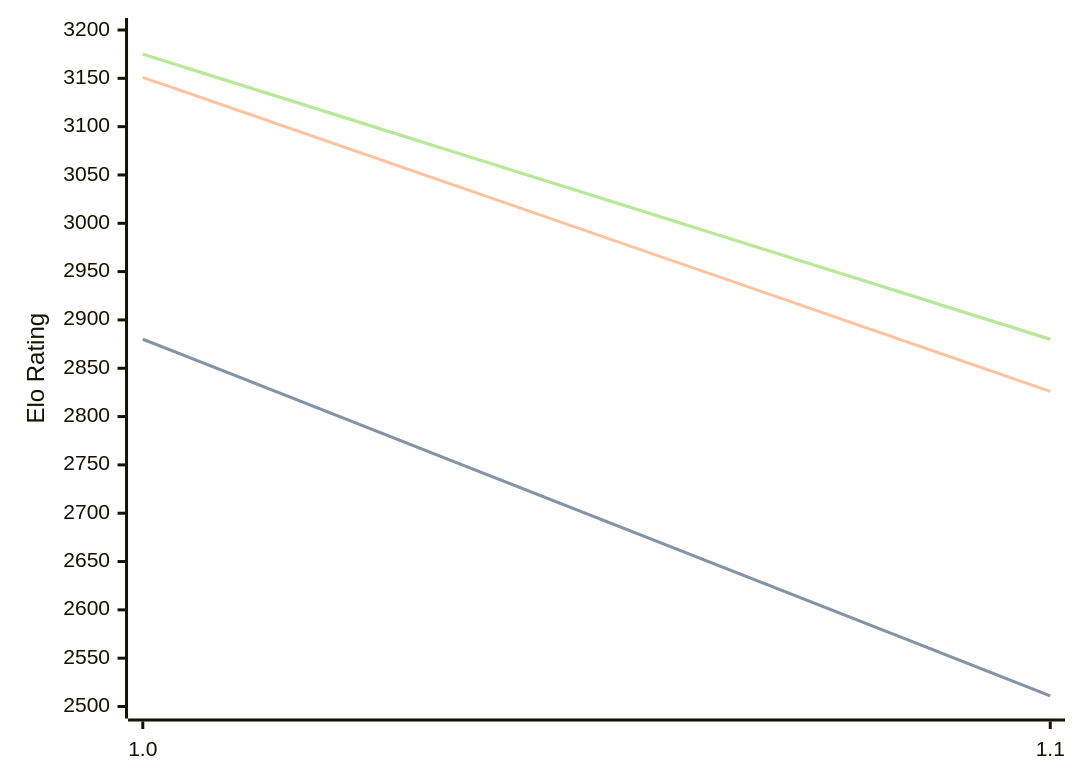
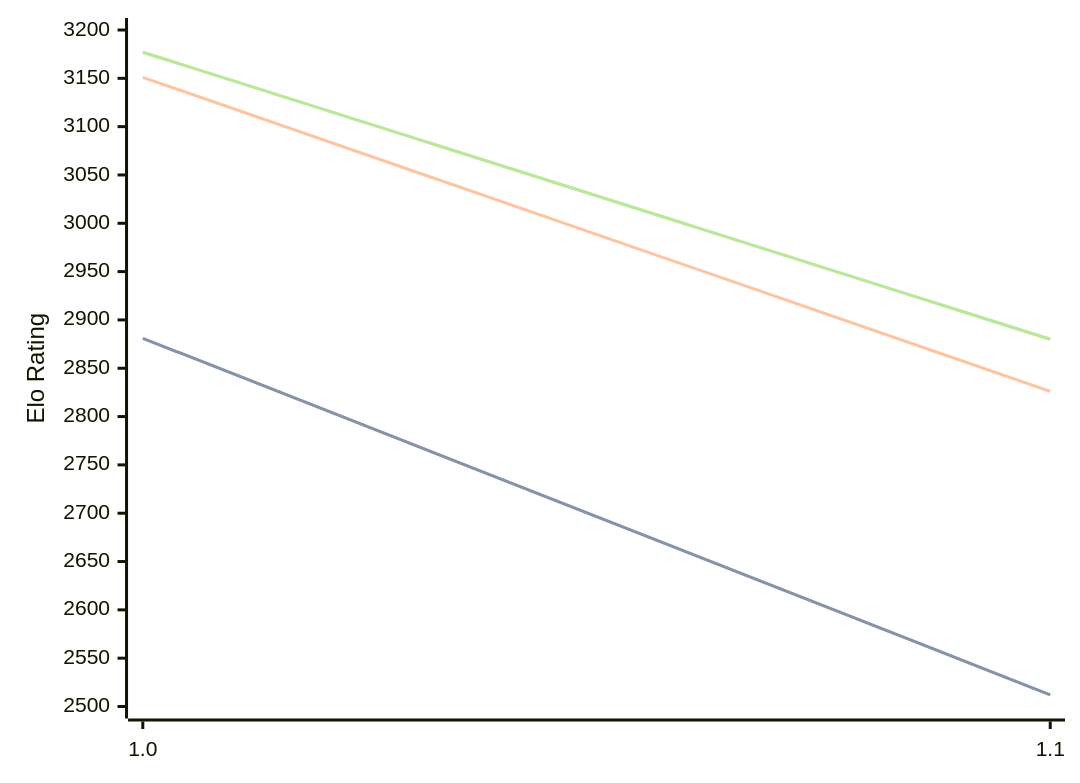
Before and after one commit to computer-chess-index/cci: the diagram in engines/Publius.md, drawn with Mermaid. The commit also changed other lines of this file, not shown here.

Commit message:
Update CCI Ratings (ELO VLTC) - 2026-02-21

````diff
--- a/engines/Publius.md
+++ b/engines/Publius.md
@@ -29,11 +29,11 @@
 ```mermaid
 %%{init: {"theme":"base","themeVariables":{"seriesColors:['#a3a3a3','#222221','#faa371']}}}%%
 xychart-beta
   x-axis ["1.0", "1.1"]
   y-axis "Elo Rating" 2500 --> 3200
-  line "STC (8.0+0.08s)" [2880, 2511]
-  line "STC (8.0+0.08s)" [2880, 2511]
+  line "STC (8.0+0.08s)" [2881, 2512]
+  line "STC (8.0+0.08s)" [2881, 2512]
   line "LTC (60.0+0.60s)" [3151, 2826]
-  line "VLTC (2m24s+1.12s)" [3175, 2880]
-  line "VLTC (2m24s+1.12s)" [3175, 2880]
+  line "VLTC (2m24s+1.12s)" [3177, 2880]
+  line "VLTC (2m24s+1.12s)" [3177, 2880]
 ```
````
